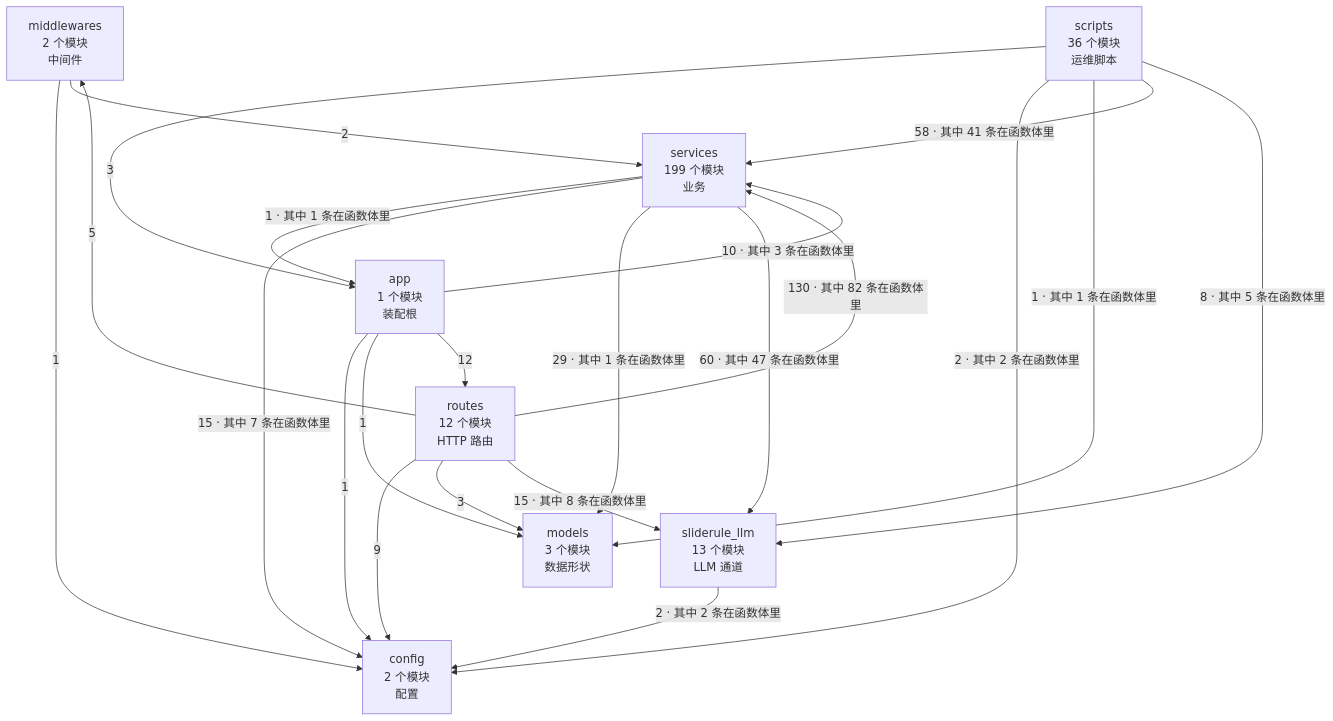
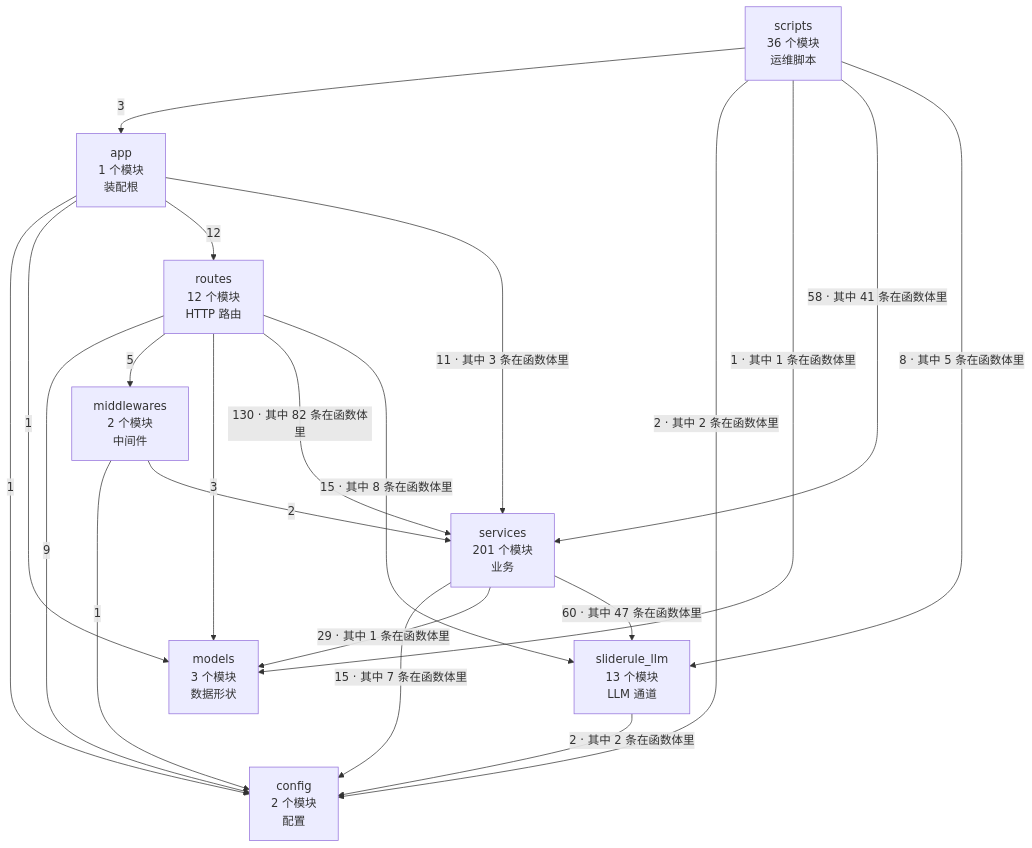
One commit to 2686521696/WhyBuddy changed the first of 2 diagrams in docs/SlideRule V6.2 架构图（自动生成）.md. Above: the diagram before and after it, drawn with Mermaid. The commit also changed other lines of this file and 15 other files, not shown here.

````diff
--- a/docs/SlideRule V6.2 架构图（自动生成）.md
+++ b/docs/SlideRule V6.2 架构图（自动生成）.md
@@ -35,32 +35,31 @@
 ```mermaid
 flowchart TB
   config["config<br/>2 个模块<br/>配置"]
   models["models<br/>3 个模块<br/>数据形状"]
   sliderule_llm["sliderule_llm<br/>13 个模块<br/>LLM 通道"]
   middlewares["middlewares<br/>2 个模块<br/>中间件"]
-  services["services<br/>199 个模块<br/>业务"]
+  services["services<br/>201 个模块<br/>业务"]
   routes["routes<br/>12 个模块<br/>HTTP 路由"]
   app["app<br/>1 个模块<br/>装配根"]
   scripts["scripts<br/>36 个模块<br/>运维脚本"]
   app -->|1| config
   app -->|1| models
   app -->|12| routes
-  app -->|10 · 其中 3 条在函数体里| services
+  app -->|11 · 其中 3 条在函数体里| services
   middlewares -->|1| config
   middlewares -->|2| services
   routes -->|9| config
   routes -->|5| middlewares
   routes -->|3| models
   routes -->|130 · 其中 82 条在函数体里| services
   routes -->|15 · 其中 8 条在函数体里| sliderule_llm
   scripts -->|3| app
   scripts -->|2 · 其中 2 条在函数体里| config
   scripts -->|1 · 其中 1 条在函数体里| models
   scripts -->|58 · 其中 41 条在函数体里| services
   scripts -->|8 · 其中 5 条在函数体里| sliderule_llm
-  services -->|1 · 其中 1 条在函数体里| app
   services -->|15 · 其中 7 条在函数体里| config
   services -->|29 · 其中 1 条在函数体里| models
   services -->|60 · 其中 47 条在函数体里| sliderule_llm
   sliderule_llm -->|2 · 其中 2 条在函数体里| config
 ```
````
